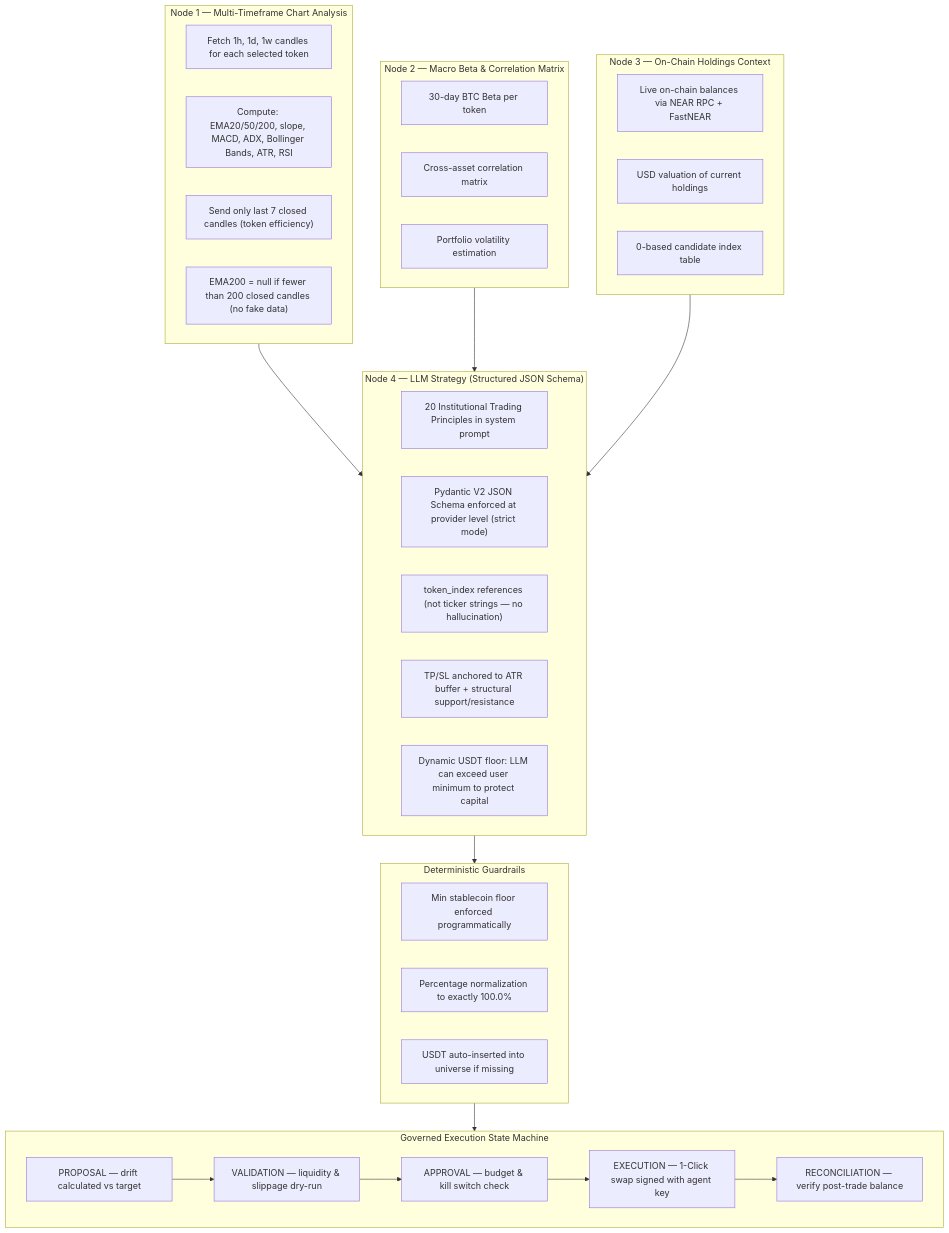
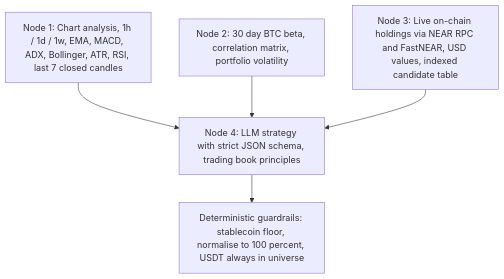
Before and after one commit to TheDarrk/N-agent: the sixth of 11 diagrams in README.md, drawn with Mermaid. The commit also changed other lines of this file and 6 other files, not shown here.

````diff
--- a/README.md
+++ b/README.md
@@ -336,49 +453,12 @@
 ```mermaid
 flowchart TD
-    subgraph N1["Node 1 — Multi-Timeframe Chart Analysis"]
-        A1["Fetch 1h, 1d, 1w candles for each selected token"]
-        A2["Compute: EMA20/50/200, slope, MACD, ADX, Bollinger Bands, ATR, RSI"]
-        A3["Send only last 7 closed candles (token efficiency)"]
-        A4["EMA200 = null if fewer than 200 closed candles (no fake data)"]
-    end
-
-    subgraph N2["Node 2 — Macro Beta & Correlation Matrix"]
-        B1["30-day BTC Beta per token"]
-        B2["Cross-asset correlation matrix"]
-        B3["Portfolio volatility estimation"]
-    end
-
-    subgraph N3["Node 3 — On-Chain Holdings Context"]
-        C1["Live on-chain balances via NEAR RPC + FastNEAR"]
-        C2["USD valuation of current holdings"]
-        C3["0-based candidate index table"]
-    end
-
-    subgraph N4["Node 4 — LLM Strategy (Structured JSON Schema)"]
-        D1["20 Institutional Trading Principles in system prompt"]
-        D2["Pydantic V2 JSON Schema enforced at provider level (strict mode)"]
-        D3["token_index references (not ticker strings — no hallucination)"]
-        D4["TP/SL anchored to ATR buffer + structural support/resistance"]
-        D5["Dynamic USDT floor: LLM can exceed user minimum to protect capital"]
-    end
-
-    subgraph GUARD["Deterministic Guardrails"]
-        G1["Min stablecoin floor enforced programmatically"]
-        G2["Percentage normalization to exactly 100.0%"]
-        G3["USDT auto-inserted into universe if missing"]
-    end
-
-    subgraph SM["Governed Execution State Machine"]
-        S1["PROPOSAL — drift calculated vs target"]
-        S2["VALIDATION — liquidity & slippage dry-run"]
-        S3["APPROVAL — budget & kill switch check"]
-        S4["EXECUTION — 1-Click swap signed with agent key"]
-        S5["RECONCILIATION — verify post-trade balance"]
-        S1 --> S2 --> S3 --> S4 --> S5
-    end
-
+    N1["Node 1: Chart analysis, 1h / 1d / 1w, EMA, MACD, ADX, Bollinger, ATR, RSI, last 7 closed candles"]
+    N2["Node 2: 30 day BTC beta, correlation matrix, portfolio volatility"]
+    N3["Node 3: Live on-chain holdings via NEAR RPC and FastNEAR, USD values, indexed candidate table"]
+    N4["Node 4: LLM strategy with strict JSON schema, trading book principles"]
+    G["Deterministic guardrails: stablecoin floor, normalise to 100 percent, USDT always in universe"]
     N1 --> N4
     N2 --> N4
     N3 --> N4
-    N4 --> GUARD --> SM
+    N4 --> G
 ```
````
